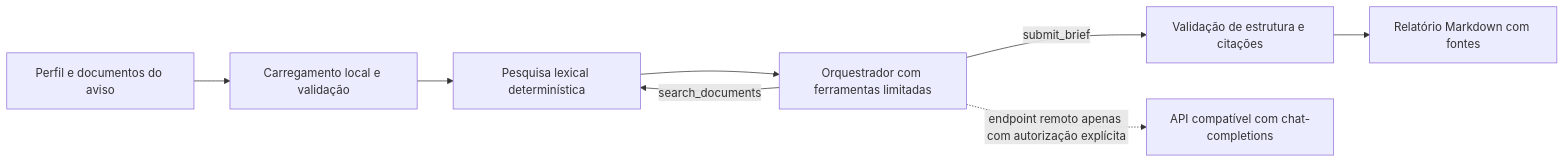
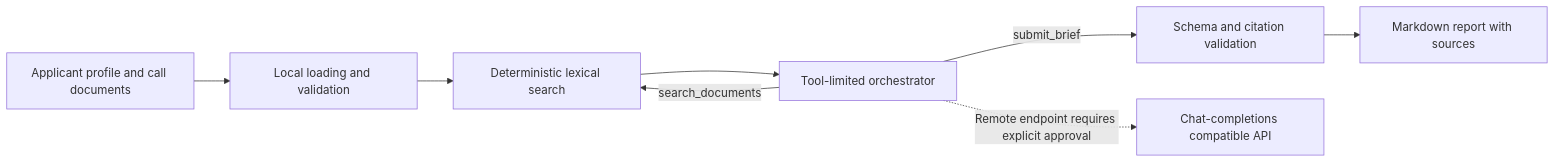
Before and after one commit to WhiteBlindness/callbrief: the diagram in README.md, drawn with Mermaid. The commit also changed other lines of this file, not shown here.

````diff
--- a/README.md
+++ b/README.md
@@ -15,10 +15,10 @@
 ```mermaid
 flowchart LR
-    A[Perfil e documentos do aviso] --> B[Carregamento local e validação]
-    B --> C[Pesquisa lexical determinística]
-    C --> D[Orquestrador com ferramentas limitadas]
+    A[Applicant profile and call documents] --> B[Local loading and validation]
+    B --> C[Deterministic lexical search]
+    C --> D[Tool-limited orchestrator]
     D -->|search_documents| C
-    D -->|submit_brief| E[Validação de estrutura e citações]
-    E --> F[Relatório Markdown com fontes]
-    D -. endpoint remoto apenas com autorização explícita .-> G[API compatível com chat-completions]
+    D -->|submit_brief| E[Schema and citation validation]
+    E --> F[Markdown report with sources]
+    D -. Remote endpoint requires explicit approval .-> G[Chat-completions compatible API]
 ```
````
